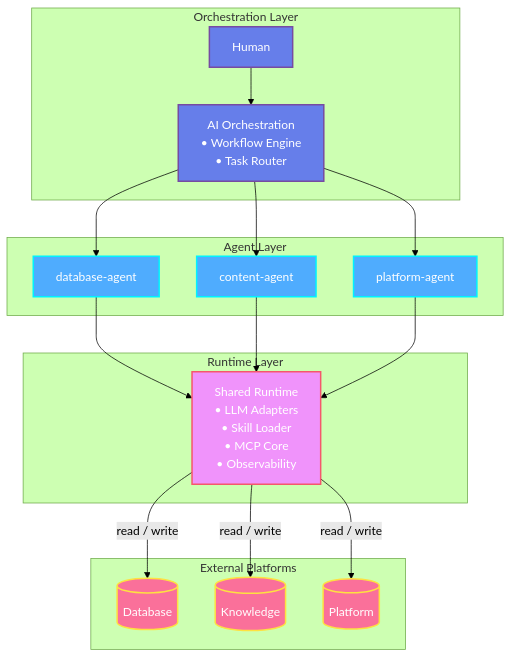
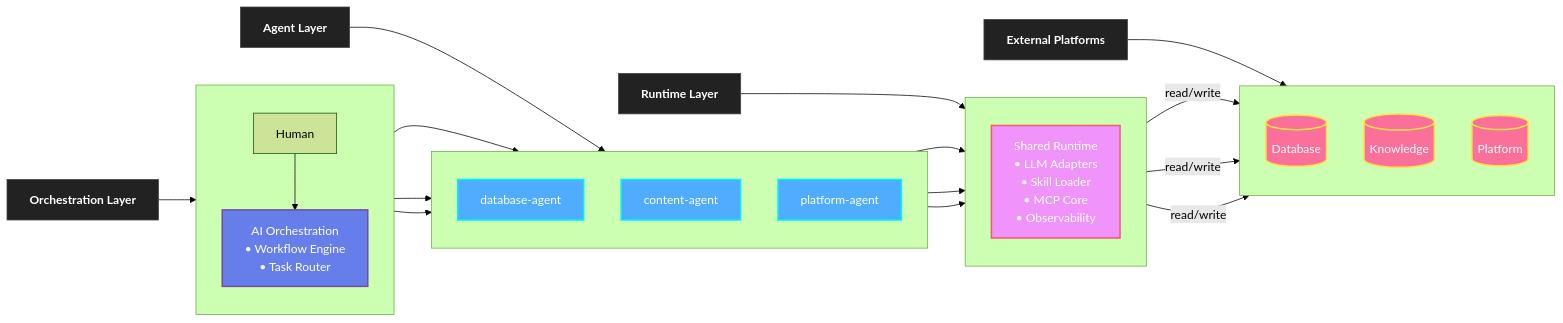
One commit to artificial-intelligence-first/aao-skeleton changed the first of 2 diagrams in README.md. Above: the diagram before and after it, drawn with Mermaid (forest theme).

Commit message:
Update architecture diagram to use left-to-right layout

````diff
--- a/README.md
+++ b/README.md
@@ -26,53 +26,71 @@
 ```mermaid
-graph TB
-    %% ========== Orchestration Layer ==========
-    subgraph "Orchestration Layer"
+graph LR
+
+    %% ---------- Layer Labels (Left vertical stack) ----------
+    OrchestrationLabel[Orchestration Layer]
+    AgentLabel[Agent Layer]
+    RuntimeLabel[Runtime Layer]
+    PlatformLabel[External Platforms]
+
+    %% ---------- Orchestration Layer ----------
+    subgraph OrchestrationBox[ ]
+        direction TB
         Human[Human]
         Orchestration[AI Orchestration<br/>• Workflow Engine<br/>• Task Router]
     end
 
-    %% ========== Agent Layer ==========
-    subgraph "Agent Layer"
+    %% ---------- Agent Layer ----------
+    subgraph AgentBox[ ]
+        direction TB
         Agent1[database-agent]
         Agent2[content-agent]
         Agent3[platform-agent]
     end
 
-    %% ========== Runtime Layer ==========
-    subgraph "Runtime Layer"
+    %% ---------- Runtime Layer ----------
+    subgraph RuntimeBox[ ]
+        direction TB
         Runtime[Shared Runtime<br/>• LLM Adapters<br/>• Skill Loader<br/>• MCP Core<br/>• Observability]
     end
 
-    %% ========== External Platforms ==========
-    subgraph "External Platforms"
+    %% ---------- Platforms Layer ----------
+    subgraph PlatformBox[ ]
+        direction TB
         Platform1[(Database)]
         Platform2[(Knowledge)]
         Platform3[(Platform)]
     end
 
-    %% ========== Flows ==========
+    %% ---------- Positioning (force ordering) ----------
+    OrchestrationLabel --> OrchestrationBox
+    AgentLabel --> AgentBox
+    RuntimeLabel --> RuntimeBox
+    PlatformLabel --> PlatformBox
+
+    %% ---------- Flows ----------
     Human --> Orchestration
-
     Orchestration --> Agent1
     Orchestration --> Agent2
     Orchestration --> Agent3
 
     Agent1 --> Runtime
     Agent2 --> Runtime
     Agent3 --> Runtime
 
-    Runtime -->|read / write| Platform1
-    Runtime -->|read / write| Platform2
-    Runtime -->|read / write| Platform3
+    Runtime -->| read/write | Platform1
+    Runtime -->| read/write | Platform2
+    Runtime -->| read/write | Platform3
 
-    %% ========== Styles ==========
+    %% ---------- Styles ----------
+    classDef labelStyle fill:#222,stroke:#444,color:#fff,font-weight:bold
     classDef orchestrationStyle fill:#667eea,stroke:#764ba2,stroke-width:2px,color:#fff
-    classDef agentStyle         fill:#4facfe,stroke:#00f2fe,stroke-width:2px,color:#fff
-    classDef runtimeStyle       fill:#f093fb,stroke:#f5576c,stroke-width:2px,color:#fff
-    classDef platformStyle      fill:#fa709a,stroke:#fee140,stroke-width:2px,color:#fff
+    classDef agentStyle fill:#4facfe,stroke:#00f2fe,stroke-width:2px,color:#fff
+    classDef runtimeStyle fill:#f093fb,stroke:#f5576c,stroke-width:2px,color:#fff
+    classDef platformStyle fill:#fa709a,stroke:#fee140,stroke-width:2px,color:#fff
 
-    class Human,Orchestration orchestrationStyle
+    class OrchestrationLabel,AgentLabel,RuntimeLabel,PlatformLabel labelStyle
+    class Orchestration orchestrationStyle
     class Agent1,Agent2,Agent3 agentStyle
     class Runtime runtimeStyle
     class Platform1,Platform2,Platform3 platformStyle
 ```
````
